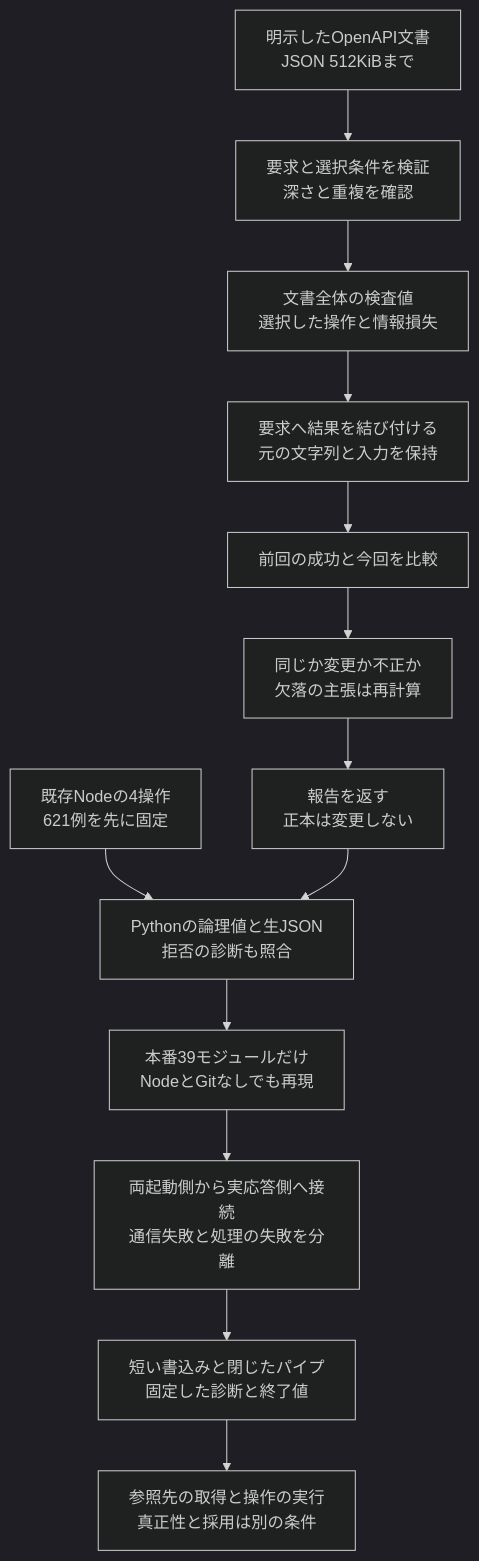
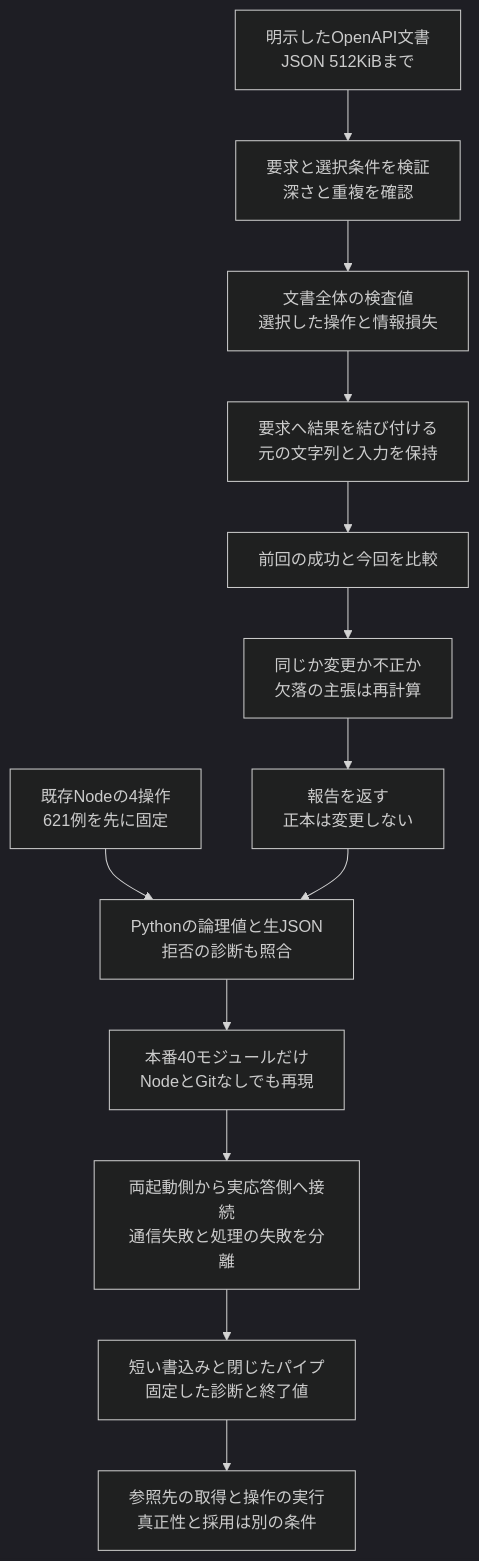
Before and after one commit to koukemo/morivyx: the diagram in docs/diagrams/python-openapi-import.mmd, drawn with Mermaid (dark theme). The commit also changed 23 other files, not shown here.

```diff
--- a/docs/diagrams/python-openapi-import.mmd
+++ b/docs/diagrams/python-openapi-import.mmd
@@ -1,13 +1,13 @@
 flowchart TD
   A[明示したOpenAPI文書<br/>JSON 512KiBまで] --> B[要求と選択条件を検証<br/>深さと重複を確認]
   B --> C[文書全体の検査値<br/>選択した操作と情報損失]
   C --> D[要求へ結果を結び付ける<br/>元の文字列と入力を保持]
   D --> E[前回の成功と今回を比較]
   E --> F[同じか変更か不正か<br/>欠落の主張は再計算]
   F --> G[報告を返す<br/>正本は変更しない]
   H[既存Nodeの4操作<br/>621例を先に固定] --> I[Pythonの論理値と生JSON<br/>拒否の診断も照合]
   G --> I
-  I --> J[本番39モジュールだけ<br/>NodeとGitなしでも再現]
+  I --> J[本番40モジュールだけ<br/>NodeとGitなしでも再現]
   J --> K[両起動側から実応答側へ接続<br/>通信失敗と処理の失敗を分離]
   K --> L[短い書込みと閉じたパイプ<br/>固定した診断と終了値]
   L --> M[参照先の取得と操作の実行<br/>真正性と採用は別の条件]
```
